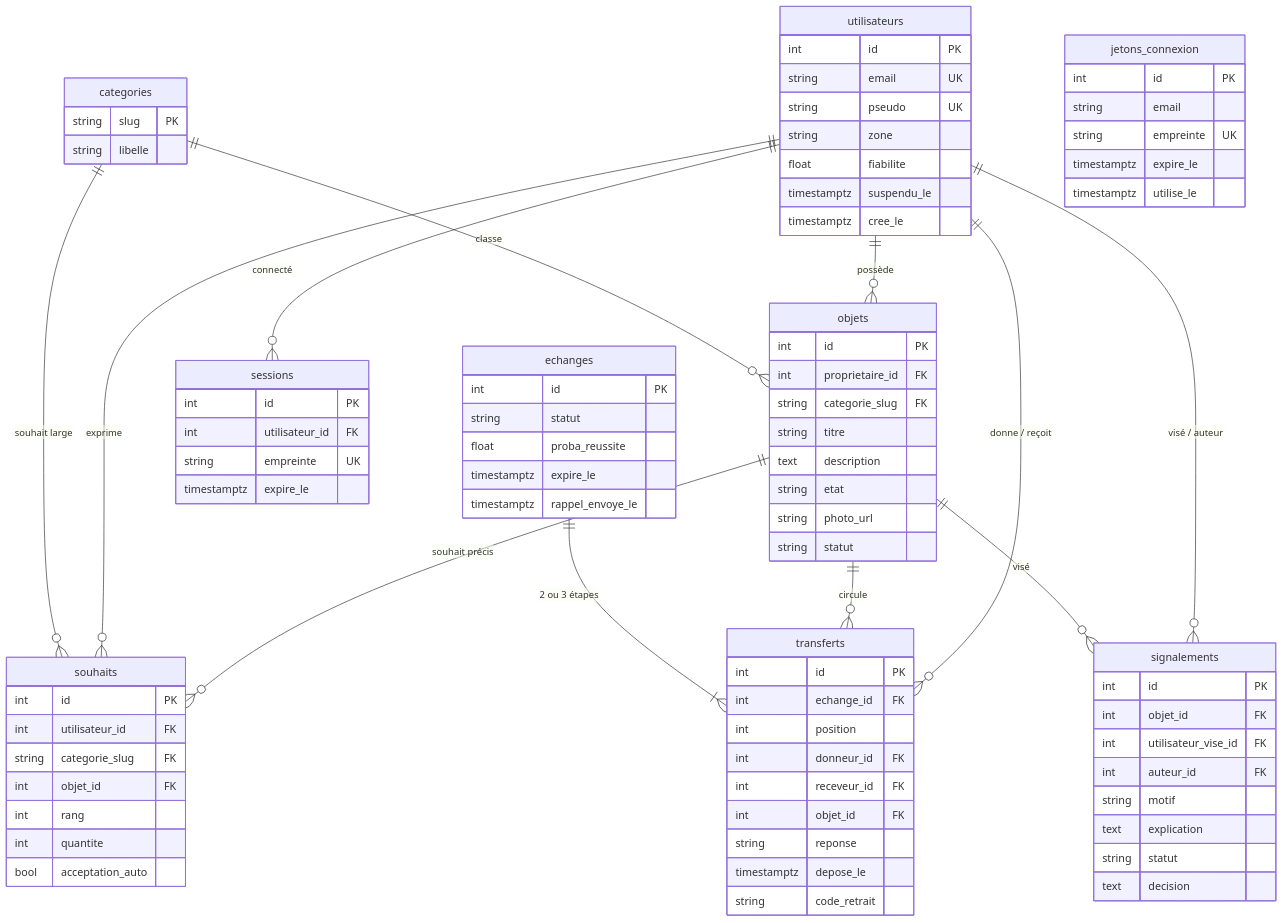
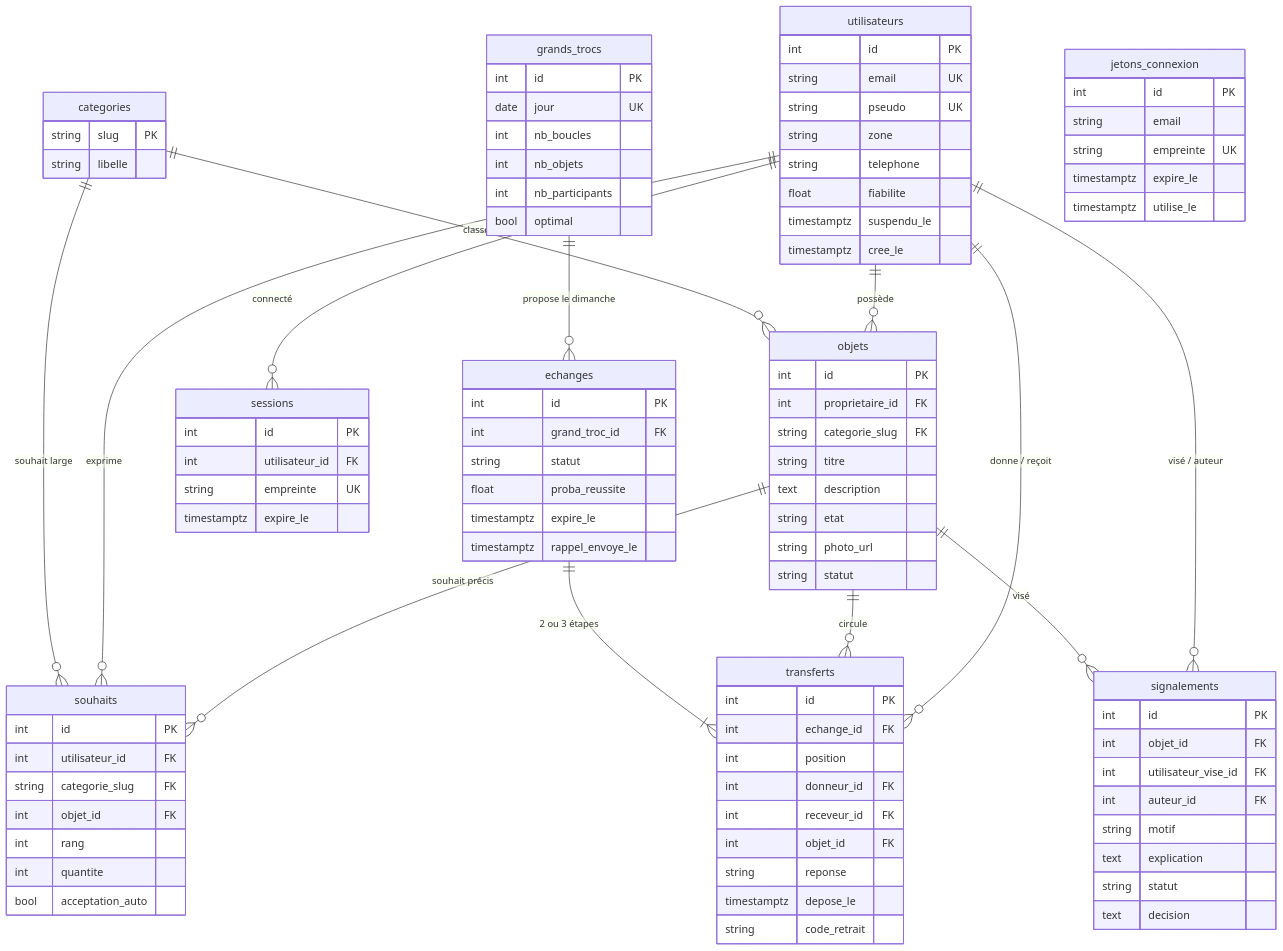
The diagram in docs/03-base-de-donnees.md (benchamply-cmyk/montroc), drawn with Mermaid before and after one commit. The commit also changed other lines of this file and 21 other files, not shown here.

First line of the commit message:
Grand Troc du dimanche : un math trade par semaine, prévenu par e-mail et SMS (#17)

````diff
--- a/docs/03-base-de-donnees.md
+++ b/docs/03-base-de-donnees.md
@@ -7,24 +7,26 @@
 ```mermaid
 erDiagram
     categories ||--o{ objets : "classe"
     categories ||--o{ souhaits : "souhait large"
     utilisateurs ||--o{ objets : "possède"
     utilisateurs ||--o{ souhaits : "exprime"
     objets ||--o{ souhaits : "souhait précis"
+    grands_trocs ||--o{ echanges : "propose le dimanche"
     echanges ||--|{ transferts : "2 ou 3 étapes"
     objets ||--o{ transferts : "circule"
     utilisateurs ||--o{ transferts : "donne / reçoit"
     utilisateurs ||--o{ sessions : "connecté"
     objets ||--o{ signalements : "visé"
     utilisateurs ||--o{ signalements : "visé / auteur"
 
     categories { string slug PK  string libelle }
-    utilisateurs { int id PK  string email UK  string pseudo UK  string zone  float fiabilite  timestamptz suspendu_le  timestamptz cree_le }
+    utilisateurs { int id PK  string email UK  string pseudo UK  string zone  string telephone  float fiabilite  timestamptz suspendu_le  timestamptz cree_le }
     objets { int id PK  int proprietaire_id FK  string categorie_slug FK  string titre  text description  string etat  string photo_url  string statut }
     souhaits { int id PK  int utilisateur_id FK  string categorie_slug FK  int objet_id FK  int rang  int quantite  bool acceptation_auto }
-    echanges { int id PK  string statut  float proba_reussite  timestamptz expire_le  timestamptz rappel_envoye_le }
+    grands_trocs { int id PK  date jour UK  int nb_boucles  int nb_objets  int nb_participants  bool optimal }
+    echanges { int id PK  int grand_troc_id FK  string statut  float proba_reussite  timestamptz expire_le  timestamptz rappel_envoye_le }
     transferts { int id PK  int echange_id FK  int position  int donneur_id FK  int receveur_id FK  int objet_id FK  string reponse  timestamptz depose_le  string code_retrait }
     jetons_connexion { int id PK  string email  string empreinte UK  timestamptz expire_le  timestamptz utilise_le }
     sessions { int id PK  int utilisateur_id FK  string empreinte UK  timestamptz expire_le }
     signalements { int id PK  int objet_id FK  int utilisateur_vise_id FK  int auteur_id FK  string motif  text explication  string statut  text decision }
 ```
````
